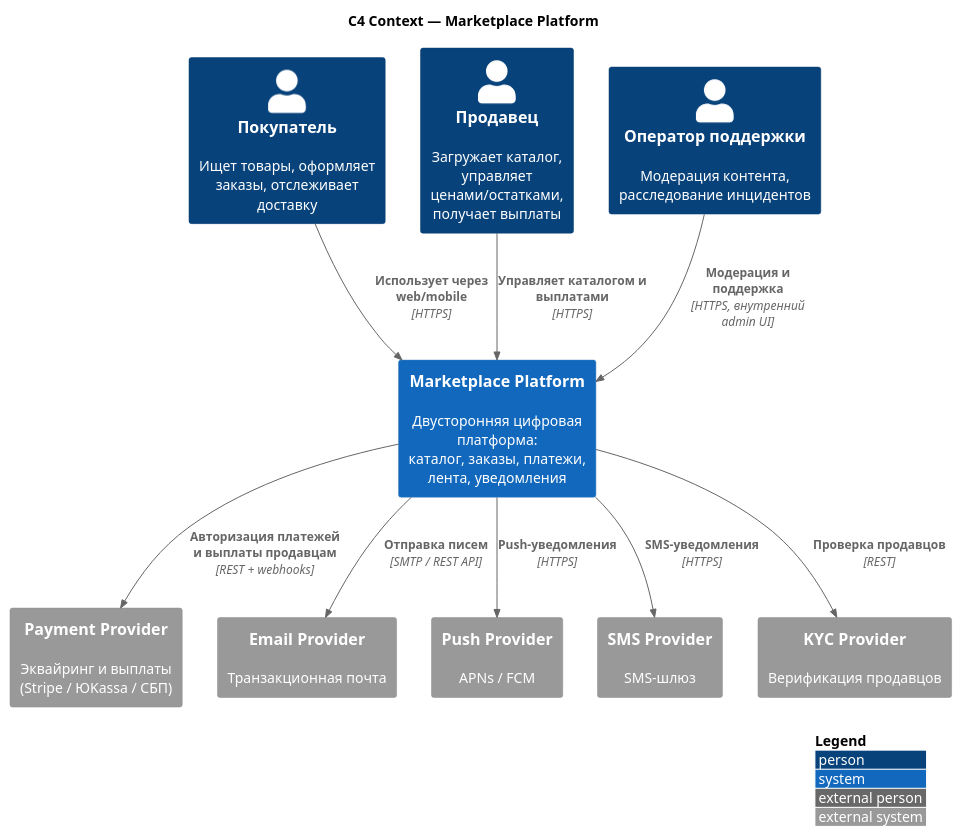
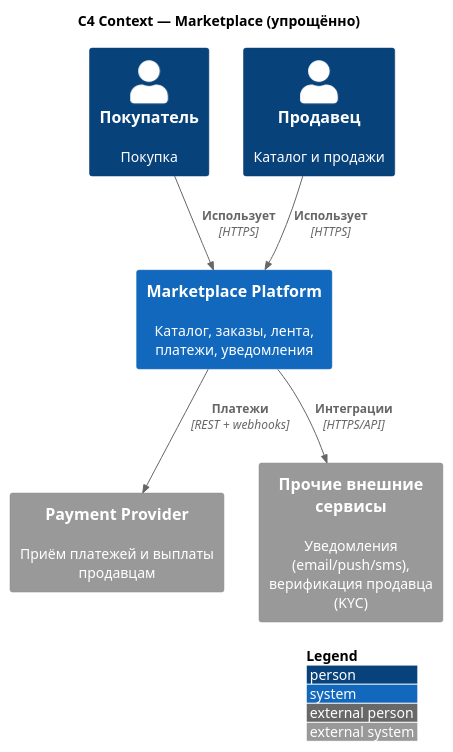
One commit to DaryaAndryeva/hw-1-Marketplace changed the diagram in diagrams/c4-context.puml. Above: the diagram before and after it, drawn with PlantUML. The commit also changed 2 other files, not shown here.

```diff
--- a/diagrams/c4-context.puml
+++ b/diagrams/c4-context.puml
@@ -1,30 +1,21 @@
 @startuml C4-Context-Marketplace
 !include https://raw.githubusercontent.com/plantuml-stdlib/C4-PlantUML/master/C4_Context.puml
 
 LAYOUT_WITH_LEGEND()
 
-title C4 Context — Marketplace Platform
+title C4 Context — Marketplace (упрощённо)
 
-Person(buyer,  "Покупатель",        "Ищет товары, оформляет заказы, отслеживает доставку")
-Person(seller, "Продавец",          "Загружает каталог, управляет ценами/остатками, получает выплаты")
-Person(ops,    "Оператор поддержки", "Модерация контента, расследование инцидентов")
+Person(buyer,  "Покупатель", "Покупка")
+Person(seller, "Продавец", "Каталог и продажи")
 
-System(marketplace, "Marketplace Platform", "Двусторонняя цифровая платформа:\nкаталог, заказы, платежи, лента, уведомления")
+System(marketplace, "Marketplace Platform", "Каталог, заказы, лента, платежи, уведомления")
 
-System_Ext(psp,   "Payment Provider", "Эквайринг и выплаты\n(Stripe / ЮKassa / СБП)")
-System_Ext(email, "Email Provider",   "Транзакционная почта")
-System_Ext(push,  "Push Provider",    "APNs / FCM")
-System_Ext(sms,   "SMS Provider",     "SMS-шлюз")
-System_Ext(kyc,   "KYC Provider",     "Верификация продавцов")
+System_Ext(psp, "Payment Provider", "Приём платежей и выплаты продавцам")
+System_Ext(ext, "Прочие внешние сервисы", "Уведомления (email/push/sms),\nверификация продавца (KYC)")
 
-Rel(buyer,  marketplace, "Использует через web/mobile", "HTTPS")
-Rel(seller, marketplace, "Управляет каталогом и выплатами", "HTTPS")
-Rel(ops,    marketplace, "Модерация и поддержка", "HTTPS, внутренний admin UI")
-
-Rel(marketplace, psp,   "Авторизация платежей и выплаты продавцам", "REST + webhooks")
-Rel(marketplace, email, "Отправка писем",          "SMTP / REST API")
-Rel(marketplace, push,  "Push-уведомления",        "HTTPS")
-Rel(marketplace, sms,   "SMS-уведомления",         "HTTPS")
-Rel(marketplace, kyc,   "Проверка продавцов",      "REST")
+Rel(buyer, marketplace, "Использует", "HTTPS")
+Rel(seller, marketplace, "Использует", "HTTPS")
+Rel(marketplace, psp, "Платежи", "REST + webhooks")
+Rel(marketplace, ext, "Интеграции", "HTTPS/API")
 
 @enduml
```
